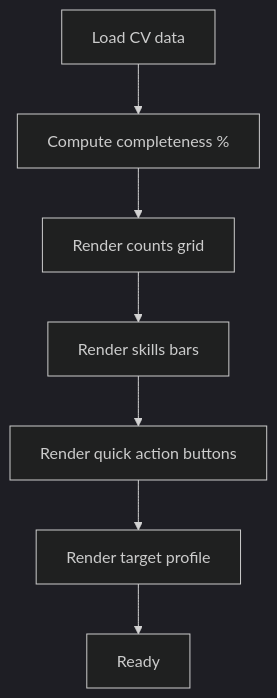
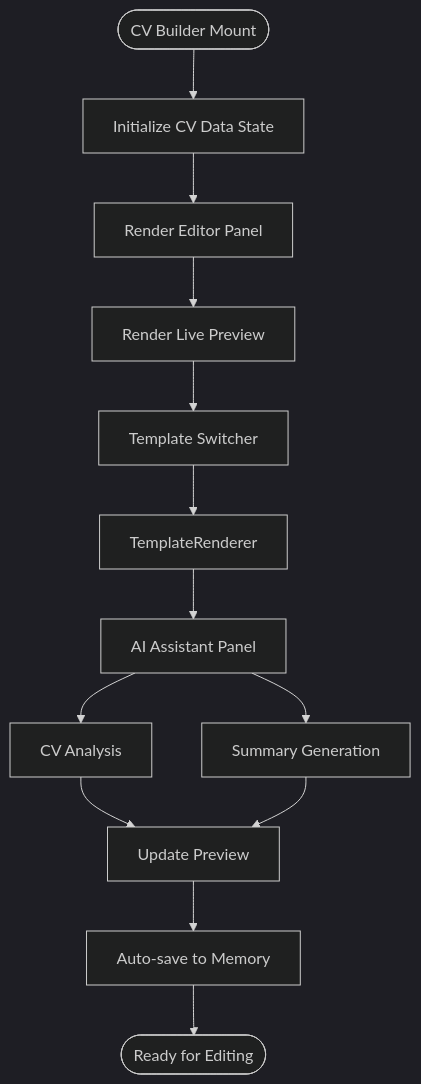
Before and after one commit to DoVuDung/cv-portfolio-builder: the third of 8 diagrams in .qoder/repowiki/en/content/User Interface Components/User Interface Components.md, drawn with Mermaid (dark theme). The commit also changed other lines of this file and 26 other files, not shown here.

First line of the commit message:
docs(agent): update AI Agent System with MCP tool architecture and CV Builder integration

````diff
--- a/.qoder/repowiki/en/content/User Interface Components/User Interface Components.md
+++ b/.qoder/repowiki/en/content/User Interface Components/User Interface Components.md
@@ -269,9 +264,15 @@
 ```mermaid
 flowchart TD
-Init["Load CV data"] --> Score["Compute completeness %"]
-Score --> Stats["Render counts grid"]
-Stats --> Bars["Render skills bars"]
-Bars --> Actions["Render quick action buttons"]
-Actions --> Context["Render target profile"]
-Context --> End["Ready"]
+Start(["CV Builder Mount"]) --> Init["Initialize CV Data State"]
+Init --> Editor["Render Editor Panel"]
+Editor --> Preview["Render Live Preview"]
+Preview --> Template["Template Switcher"]
+Template --> Renderer["TemplateRenderer"]
+Renderer --> Agent["AI Assistant Panel"]
+Agent --> Analysis["CV Analysis"]
+Agent --> Summary["Summary Generation"]
+Analysis --> Update["Update Preview"]
+Summary --> Update
+Update --> Save["Auto-save to Memory"]
+Save --> End(["Ready for Editing"])
 ```
````
